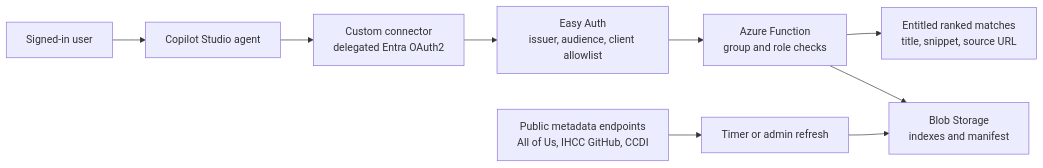
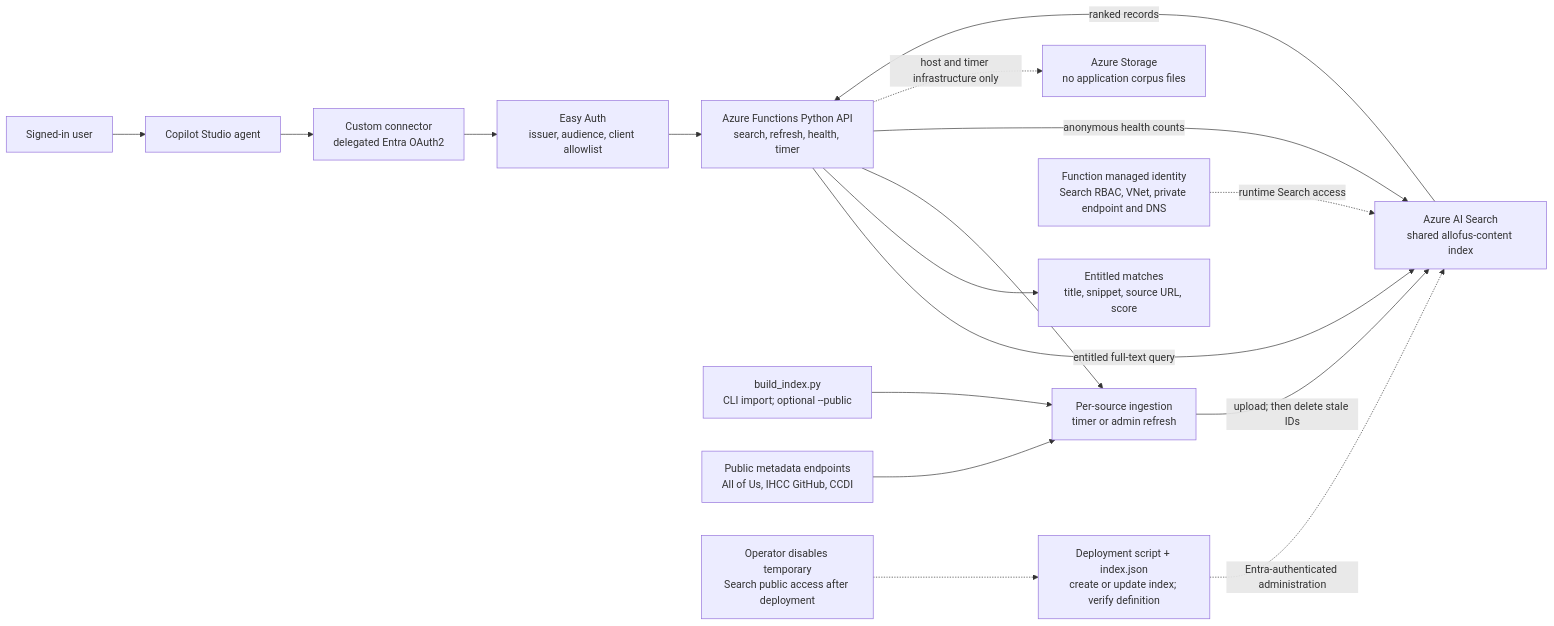
One commit to SteveCInVA/AllofUs-Agent changed the diagram in docs/diagrams/1-context.mmd. Above: the diagram before and after it, drawn with Mermaid. The commit also changed 15 other files, not shown here.

Commit message:
fixes to diagrams

```diff
--- a/docs/diagrams/1-context.mmd
+++ b/docs/diagrams/1-context.mmd
@@ -1,9 +1,17 @@
 flowchart LR
     U["Signed-in user"] --> AG["Copilot Studio agent"]
     AG --> CC["Custom connector<br/>delegated Entra OAuth2"]
     CC --> EA["Easy Auth<br/>issuer, audience, client allowlist"]
-    EA --> FN["Azure Function<br/>group and role checks"]
-    FN --> RES["Entitled ranked matches<br/>title, snippet, source URL"]
-    FN --> ST["Blob Storage<br/>indexes and manifest"]
-    SRC["Public metadata endpoints<br/>All of Us, IHCC GitHub, CCDI"] --> RJ["Timer or admin refresh"]
-    RJ --> ST
+    EA --> FN["Azure Functions Python API<br/>search, refresh, health, timer"]
+    FN -- "entitled full-text query" --> SRCH["Azure AI Search<br/>shared allofus-content index"]
+    SRCH -- "ranked records" --> FN
+    FN --> RES["Entitled matches<br/>title, snippet, source URL, score"]
+    FN --> RJ["Per-source ingestion<br/>timer or admin refresh"]
+    CLI["build_index.py<br/>CLI import; optional --public"] --> RJ
+    SRC["Public metadata endpoints<br/>All of Us, IHCC GitHub, CCDI"] --> RJ
+    RJ -- "upload; then delete stale IDs" --> SRCH
+    FN -- "anonymous health counts" --> SRCH
+    FN -. "host and timer infrastructure only" .-> ST["Azure Storage<br/>no application corpus files"]
+    NET["Function managed identity<br/>Search RBAC, VNet, private endpoint and DNS"] -. "runtime Search access" .-> SRCH
+    DEP["Deployment script + index.json<br/>create or update index; verify definition"] -. "Entra-authenticated administration" .-> SRCH
+    OPS["Operator disables temporary<br/>Search public access after deployment"] -.-> DEP
```
